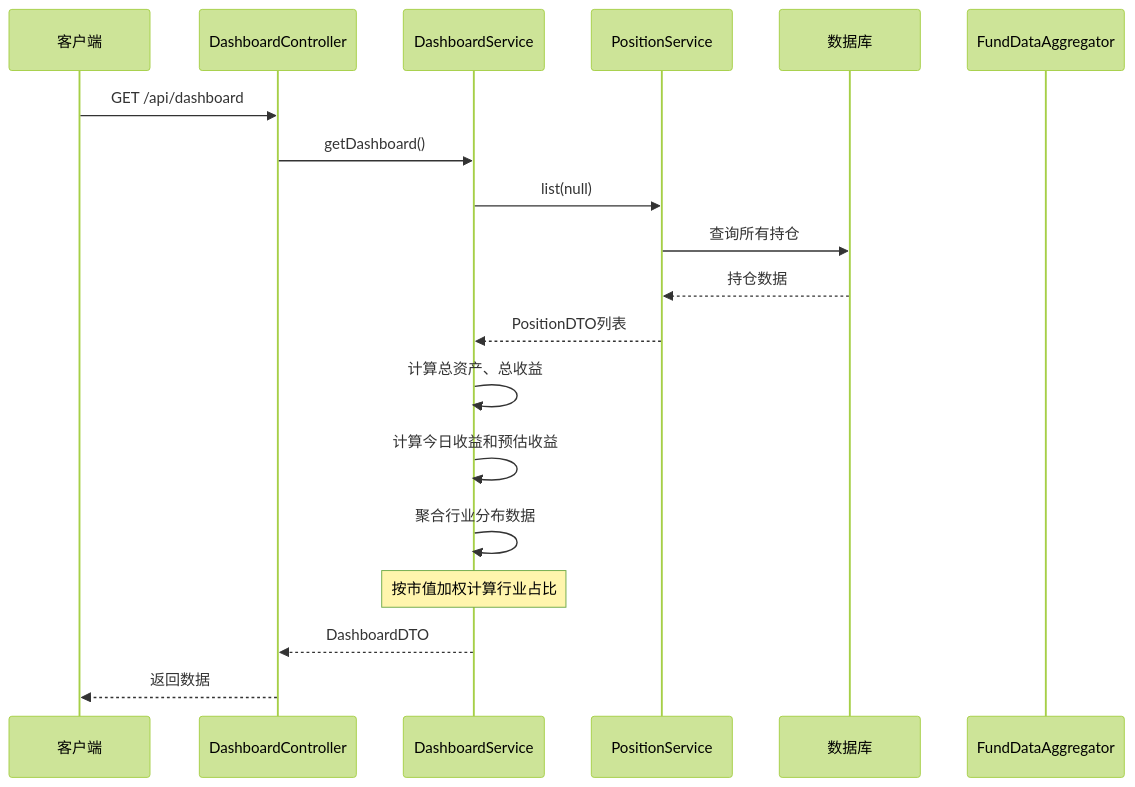
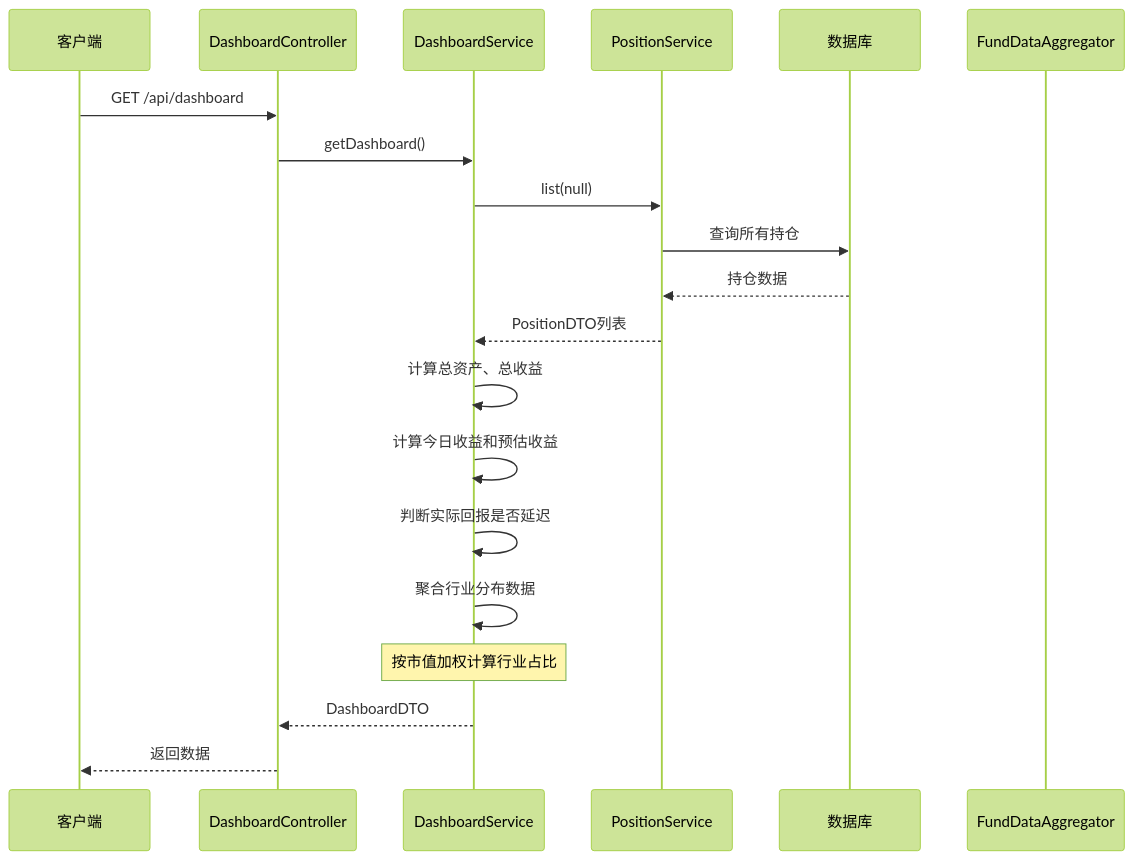
One commit to gree-coder/fund-butler changed the third of 10 diagrams in .qoder/repowiki/zh/content/Dashboard Enhancement.md. Above: the diagram before and after it, drawn with Mermaid (forest theme). The commit also changed other lines of this file and 13 other files, not shown here.

````diff
--- a/.qoder/repowiki/zh/content/Dashboard Enhancement.md
+++ b/.qoder/repowiki/zh/content/Dashboard Enhancement.md
@@ -218,21 +240,22 @@
 ```mermaid
 sequenceDiagram
 participant Client as 客户端
 participant Controller as DashboardController
 participant Service as DashboardService
 participant PositionSvc as PositionService
 participant DB as 数据库
 participant Aggregator as FundDataAggregator
 Client->>Controller : GET /api/dashboard
 Controller->>Service : getDashboard()
 Service->>PositionSvc : list(null)
 PositionSvc->>DB : 查询所有持仓
 DB-->>PositionSvc : 持仓数据
 PositionSvc-->>Service : PositionDTO列表
 Service->>Service : 计算总资产、总收益
 Service->>Service : 计算今日收益和预估收益
+Service->>Service : 判断实际回报是否延迟
 Service->>Service : 聚合行业分布数据
 Note over Service : 按市值加权计算行业占比
 Service-->>Controller : DashboardDTO
 Controller-->>Client : 返回数据
 ```
````
